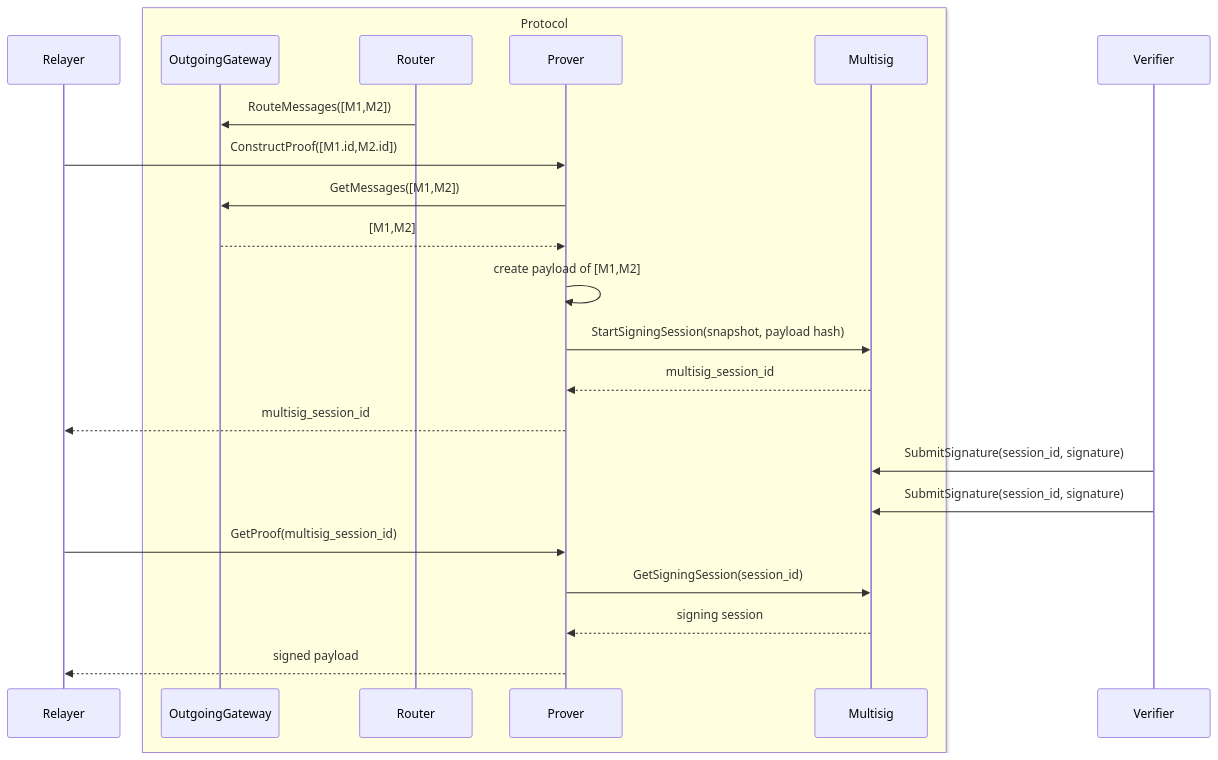
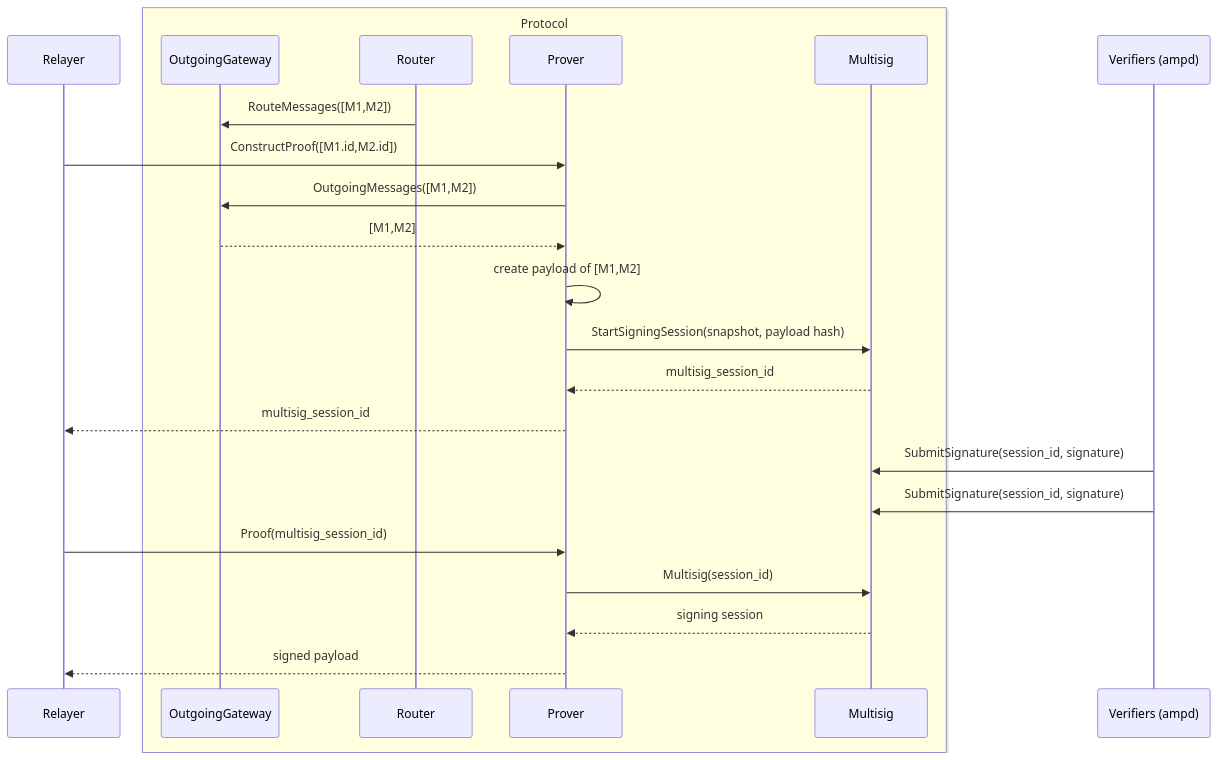
One commit to axelarnetwork/axelar-amplifier changed the fourth of 4 diagrams in doc/src/overview.md. Above: the diagram before and after it, drawn with Mermaid. The commit also changed other lines of this file, not shown here.

````diff
--- a/doc/src/overview.md
+++ b/doc/src/overview.md
@@ -116,28 +109,28 @@
 ```mermaid
 sequenceDiagram
     participant Relayer
     box LightYellow Protocol
     participant OutgoingGateway
     participant Router
     participant Prover
     participant Multisig
     end
-    participant Verifier
+    participant Verifiers (ampd)
 
 
     Router->>OutgoingGateway: RouteMessages([M1,M2])
     Relayer->>Prover: ConstructProof([M1.id,M2.id])
-    Prover->>OutgoingGateway: GetMessages([M1,M2])
+    Prover->>OutgoingGateway: OutgoingMessages([M1,M2])
     OutgoingGateway-->>Prover: [M1,M2]
     Prover->>Prover: create payload of [M1,M2]
     Prover->>Multisig: StartSigningSession(snapshot, payload hash)
     Multisig-->>Prover: multisig_session_id
     Prover-->>Relayer: multisig_session_id
-    Verifier->>Multisig: SubmitSignature(session_id, signature)
-    Verifier->>Multisig: SubmitSignature(session_id, signature)
-    Relayer->>Prover: GetProof(multisig_session_id)
-    Prover->>Multisig: GetSigningSession(session_id)
+    Verifiers (ampd)->>Multisig: SubmitSignature(session_id, signature)
+    Verifiers (ampd)->>Multisig: SubmitSignature(session_id, signature)
+    Relayer->>Prover: Proof(multisig_session_id)
+    Prover->>Multisig: Multisig(session_id)
     Multisig-->>Prover: signing session
     Prover-->>Relayer: signed payload
 
 ```
````
